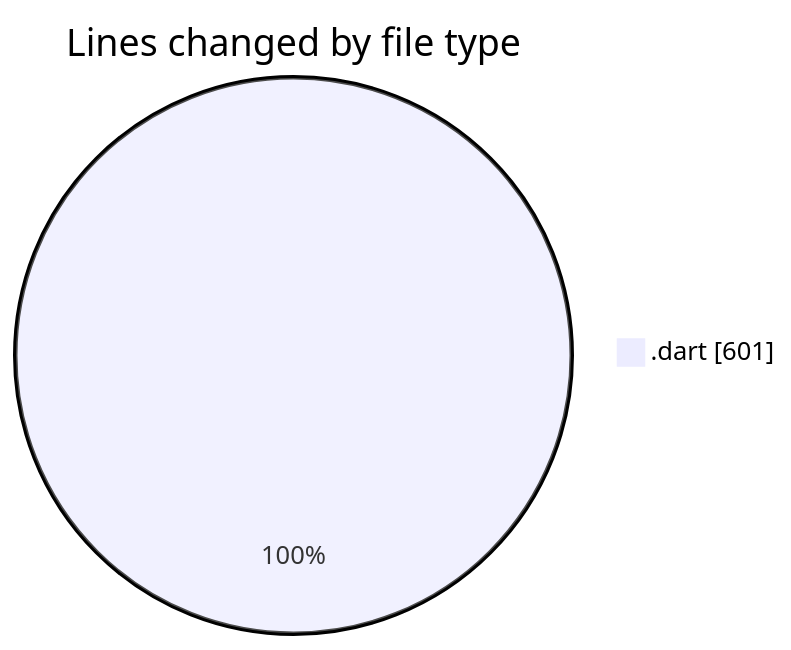
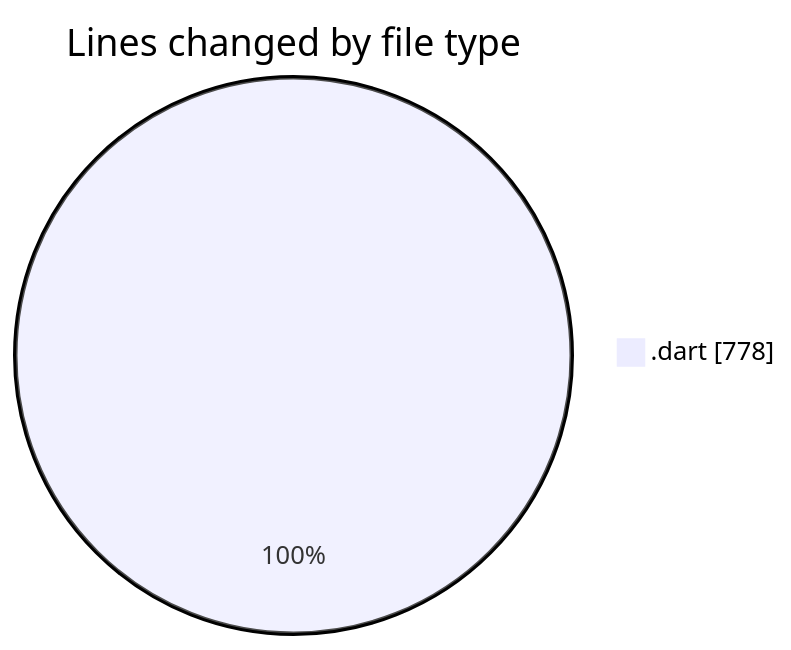
The first of 2 diagrams in 2025-04-10/trackers_app/README.md (donsfak/code-tracking), drawn with Mermaid before and after one commit. The commit also changed other lines of this file and 1 other file, not shown here.

````diff
--- a/2025-04-10/trackers_app/README.md
+++ b/2025-04-10/trackers_app/README.md
@@ -27,5 +32,5 @@
 ```mermaid
 pie showData
 title Lines changed by file type
-".dart" : 601
+".dart" : 778
 ```
````
